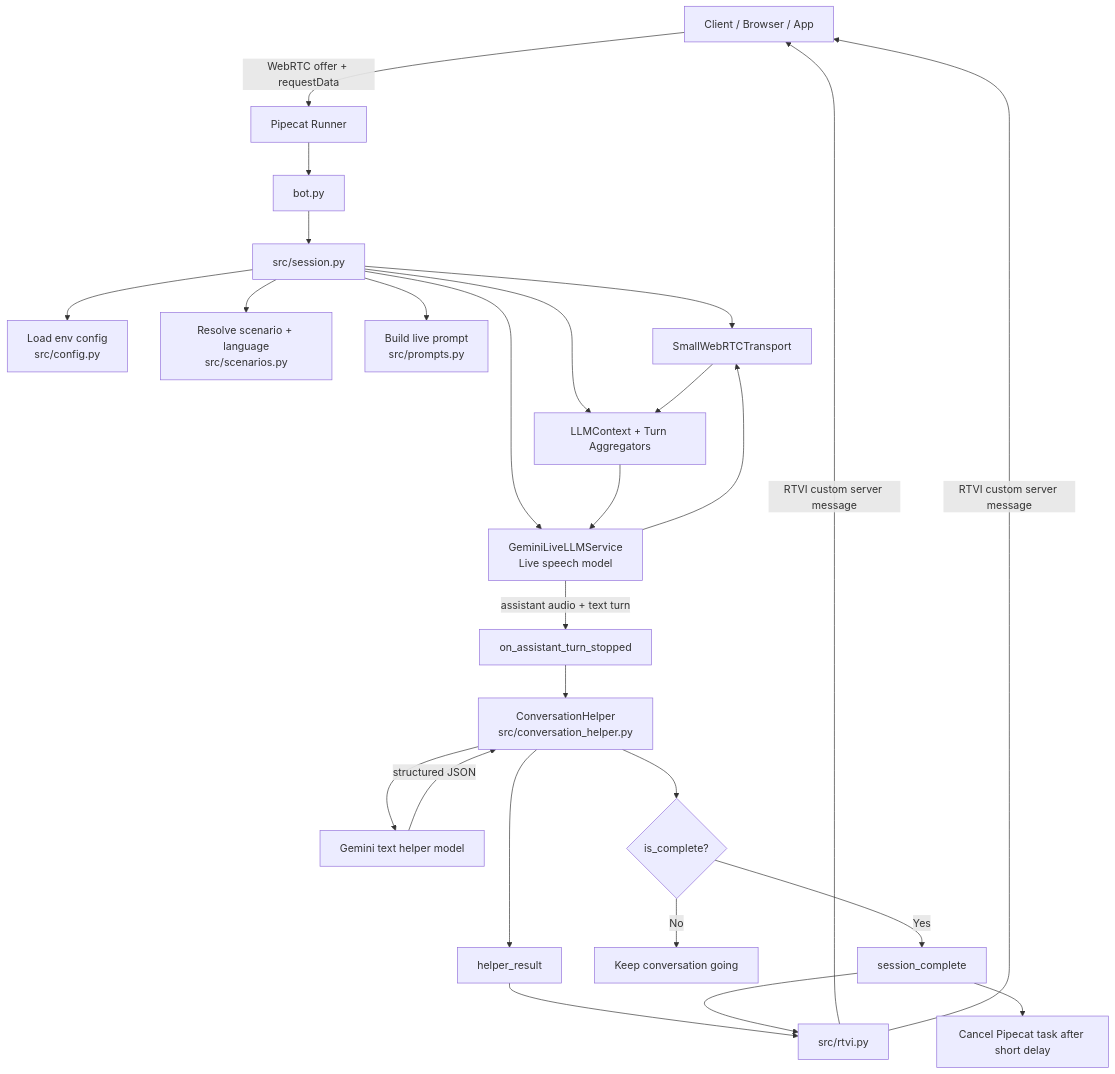
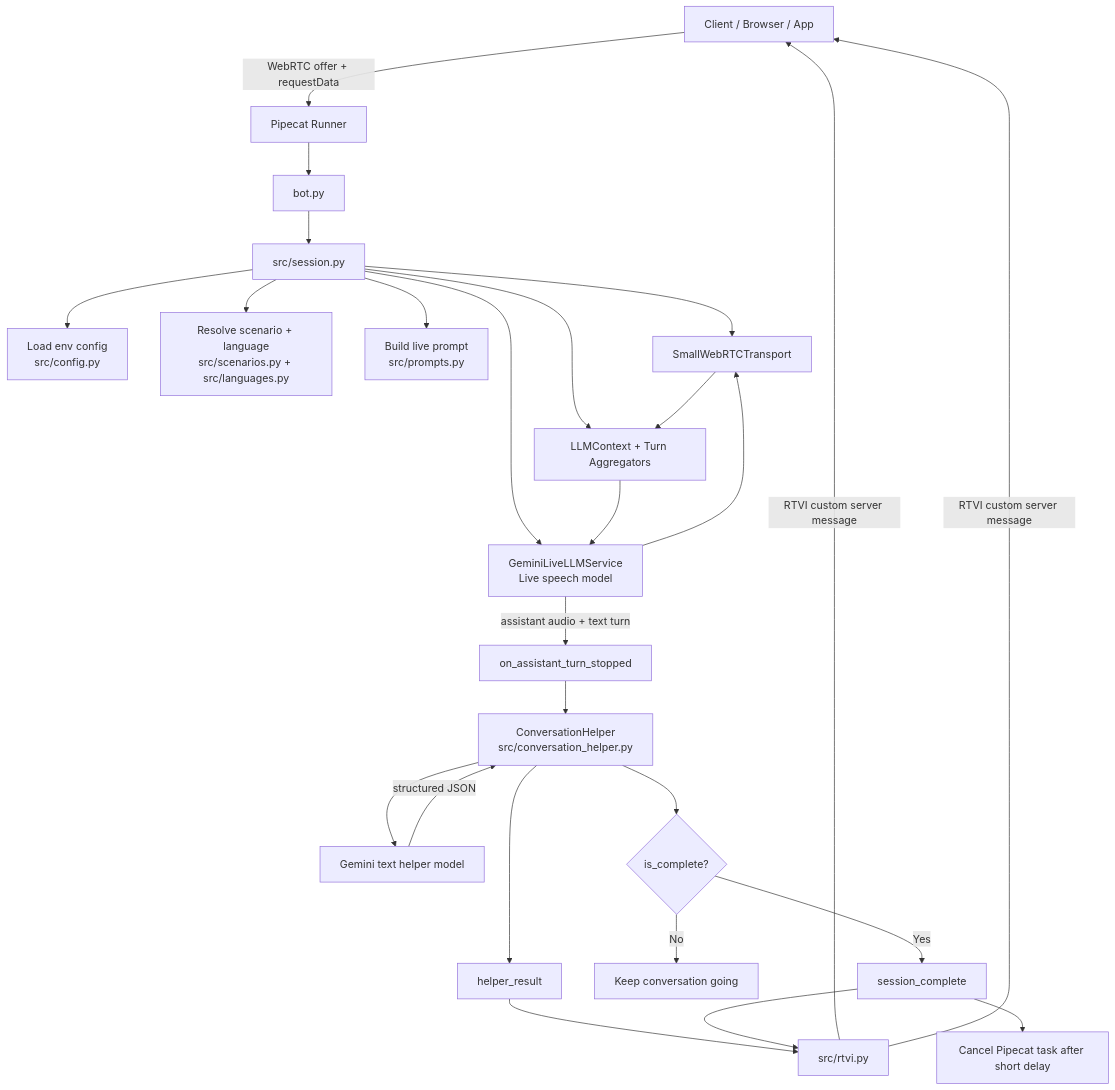
One commit to adityabhattad2021/talkthrough changed the diagram in server/ARCHITECTURE.md. Above: the diagram before and after it, drawn with Mermaid. The commit also changed other lines of this file and 16 other files, not shown here.

````diff
--- a/server/ARCHITECTURE.md
+++ b/server/ARCHITECTURE.md
@@ -14,34 +14,34 @@
 ```mermaid
 flowchart TD
     A["Client / Browser / App"] -->|WebRTC offer + requestData| B["Pipecat Runner"]
     B --> C["bot.py"]
     C --> D["src/session.py"]
 
     D --> E["Load env config<br/>src/config.py"]
-    D --> F["Resolve scenario + language<br/>src/scenarios.py"]
+    D --> F["Resolve scenario + language<br/>src/scenarios.py + src/languages.py"]
     D --> G["Build live prompt<br/>src/prompts.py"]
 
     D --> H["SmallWebRTCTransport"]
     D --> I["LLMContext + Turn Aggregators"]
     D --> J["GeminiLiveLLMService<br/>Live speech model"]
 
     H --> I
     I --> J
     J --> H
 
     J -->|assistant audio + text turn| K["on_assistant_turn_stopped"]
     K --> L["ConversationHelper<br/>src/conversation_helper.py"]
     L --> M["Gemini text helper model"]
 
     M -->|structured JSON| L
     L --> N["helper_result"]
     N --> O["src/rtvi.py"]
     O -->|RTVI custom server message| A
 
     L --> P{"is_complete?"}
     P -->|No| Q["Keep conversation going"]
     P -->|Yes| R["session_complete"]
     R --> O
     O -->|RTVI custom server message| A
     R --> S["Cancel Pipecat task after short delay"]
 ```
````
